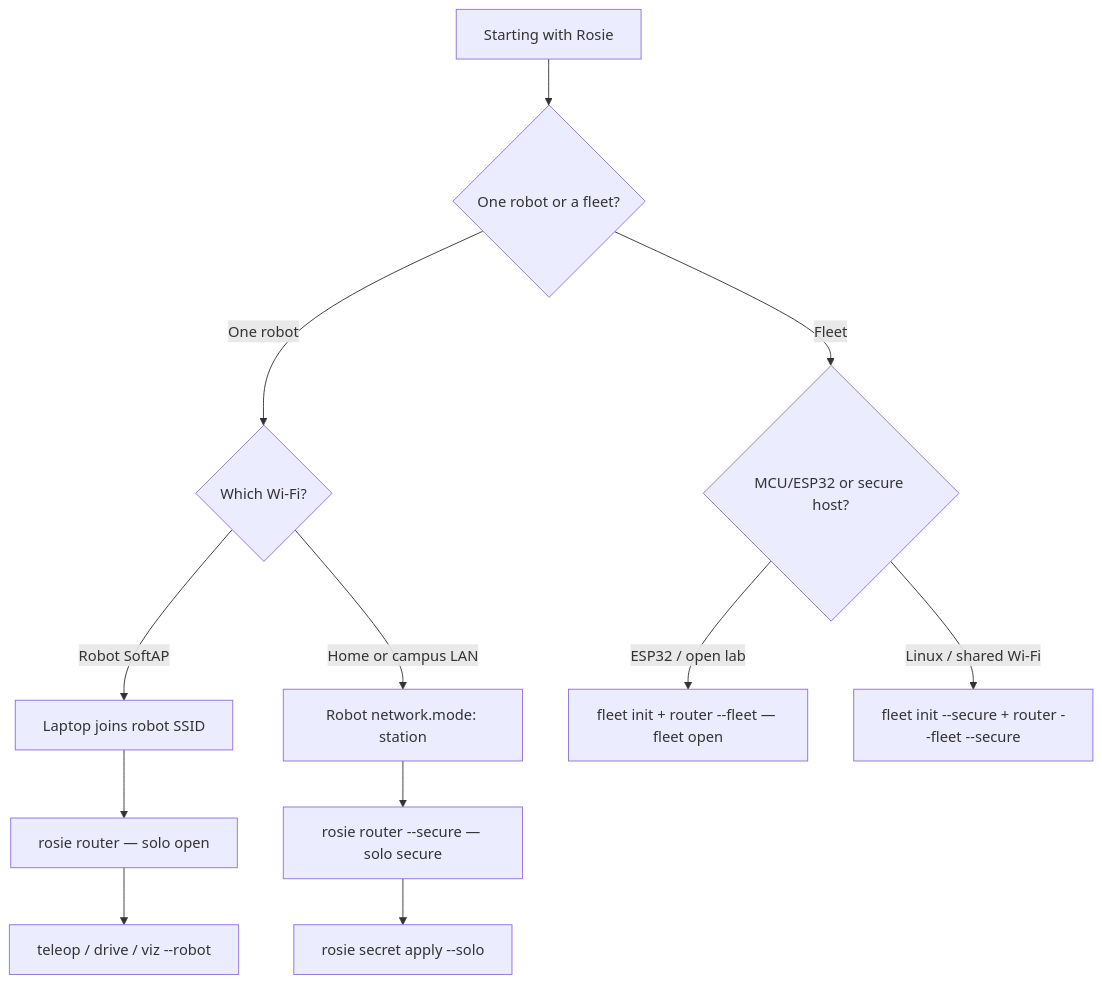
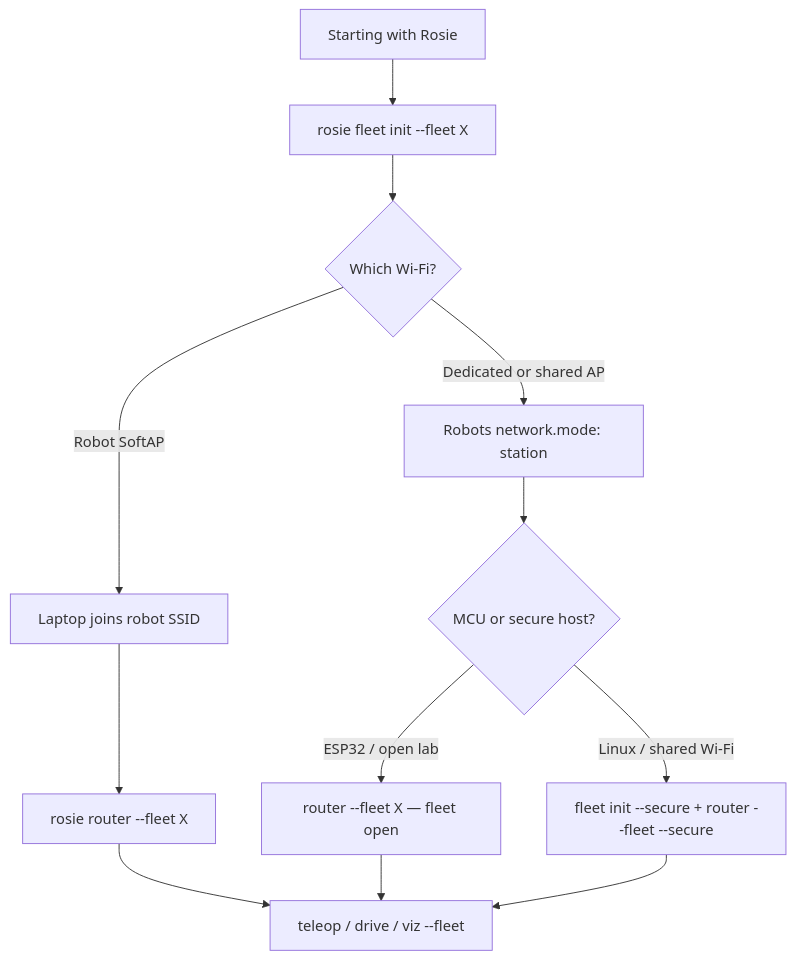
The diagram in docs/fleet/management.md (rosie-framework/rosie), drawn with Mermaid before and after one commit. The commit also changed other lines of this file and 79 other files, not shown here.

First line of the commit message:
Add fleet-verified router discovery and Nav2 goto on the ROS agent.

````diff
--- a/docs/fleet/management.md
+++ b/docs/fleet/management.md
@@ -10,15 +11,15 @@
 ```mermaid
 flowchart TD
   start[Starting with Rosie]
-  start --> n{One robot or a fleet?}
-  n -->|One robot| w{Which Wi-Fi?}
-  w -->|Robot SoftAP| softap[Laptop joins robot SSID]
-  softap --> openBus[rosie router — solo open]
-  openBus --> soloTools[teleop / drive / viz --robot]
-  w -->|Home or campus LAN| shared[Robot network.mode: station]
-  shared --> secure[rosie router --secure — solo secure]
-  secure --> applySolo[rosie secret apply --solo]
-  n -->|Fleet| m{MCU/ESP32 or secure host?}
-  m -->|ESP32 / open lab| fo[fleet init + router --fleet — fleet open]
-  m -->|Linux / shared Wi-Fi| fs[fleet init --secure + router --fleet --secure]
+  start --> init["rosie fleet init --fleet X"]
+  init --> net{Which Wi-Fi?}
+  net -->|Robot SoftAP| softap[Laptop joins robot SSID]
+  softap --> openBus["rosie router --fleet X"]
+  openBus --> tools[teleop / drive / viz --fleet]
+  net -->|Dedicated or shared AP| shared[Robots network.mode: station]
+  shared --> mode{MCU or secure host?}
+  mode -->|ESP32 / open lab| fo["router --fleet X — fleet open"]
+  mode -->|Linux / shared Wi-Fi| fs["fleet init --secure + router --fleet --secure"]
+  fo --> tools
+  fs --> tools
 ```
````
